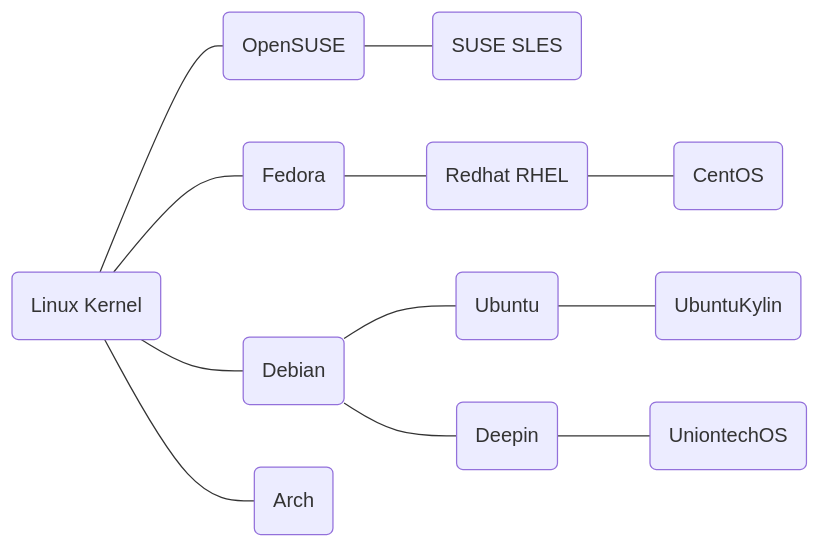
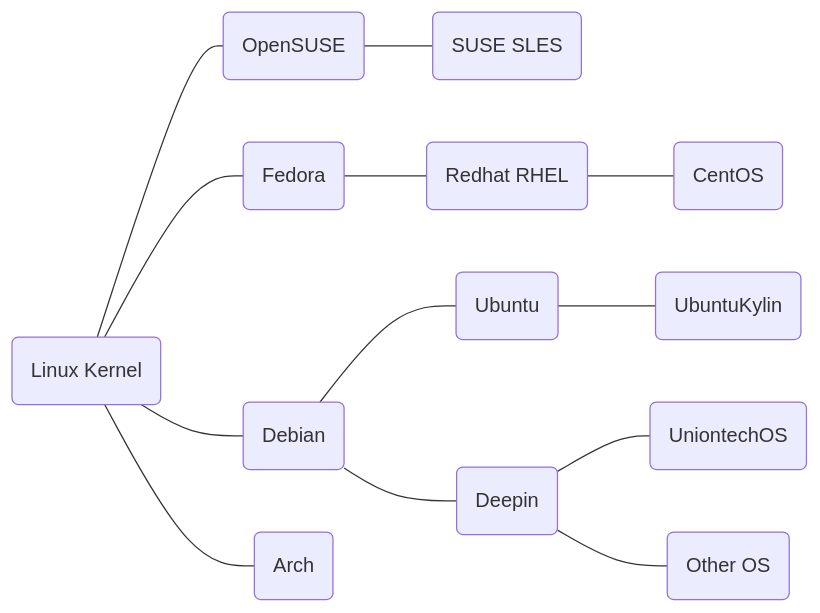
One commit to linuxdeepin/wiki.deepin.org changed the first of 2 diagrams in en/About_Deepin.md. Above: the diagram before and after it, drawn with Mermaid. The commit also changed other lines of this file, not shown here.

Commit message:
docs: update About_Deepin

````diff
--- a/en/About_Deepin.md
+++ b/en/About_Deepin.md
@@ -20,15 +20,16 @@
 ```mermaid
 graph LR
    1(Linux Kernel)---1.1(OpenSUSE)
    1(Linux Kernel)---1.2(Fedora)
    1(Linux Kernel)---1.3(Debian)
    1(Linux Kernel)---1.4(Arch)
    1.1(OpenSUSE)---2.1(SUSE SLES)
    1.2(Fedora)---2.2(Redhat RHEL)
    2.2(Redhat RHEL)---3.1(CentOS)
    1.3(Debian)---2.3(Ubuntu)
    1.3(Debian)---2.4(Deepin)
    2.3(Ubuntu)---3.2(UbuntuKylin)
    2.4(Deepin)---3.3(UniontechOS)
+   2.4(Deepin)---3.5(Other OS)
    
 ```
````
